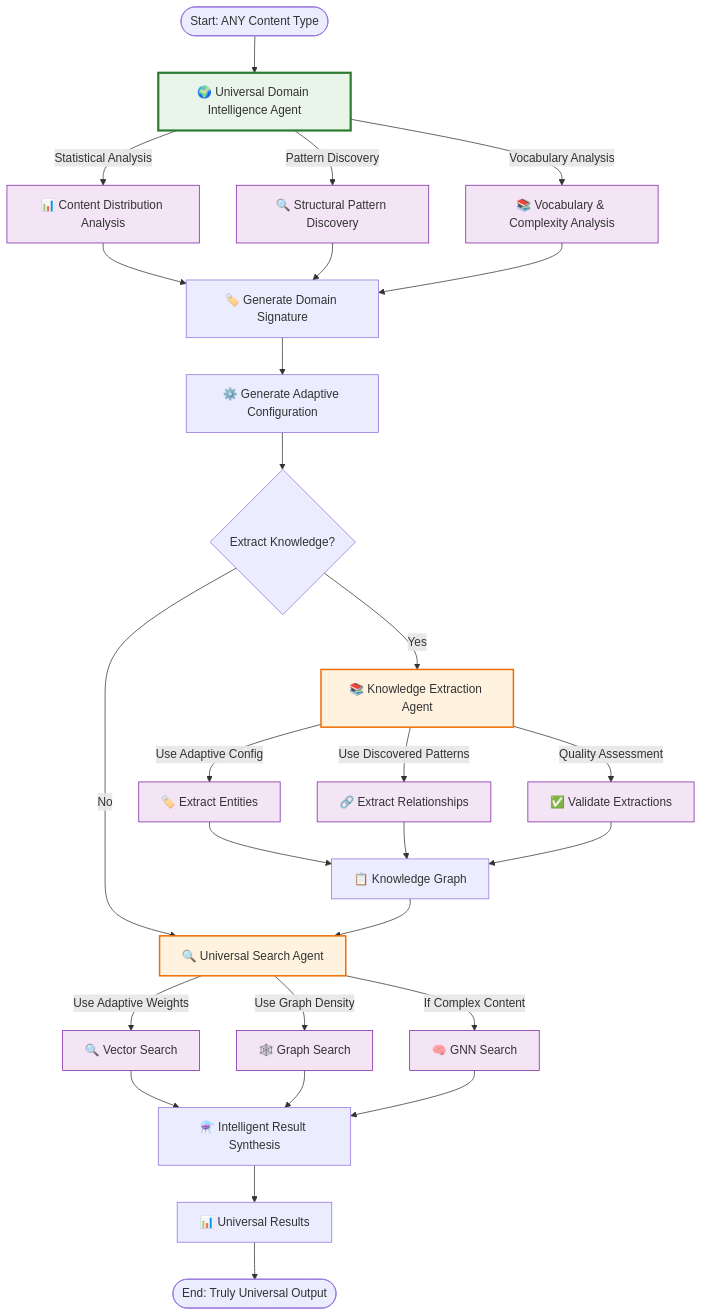
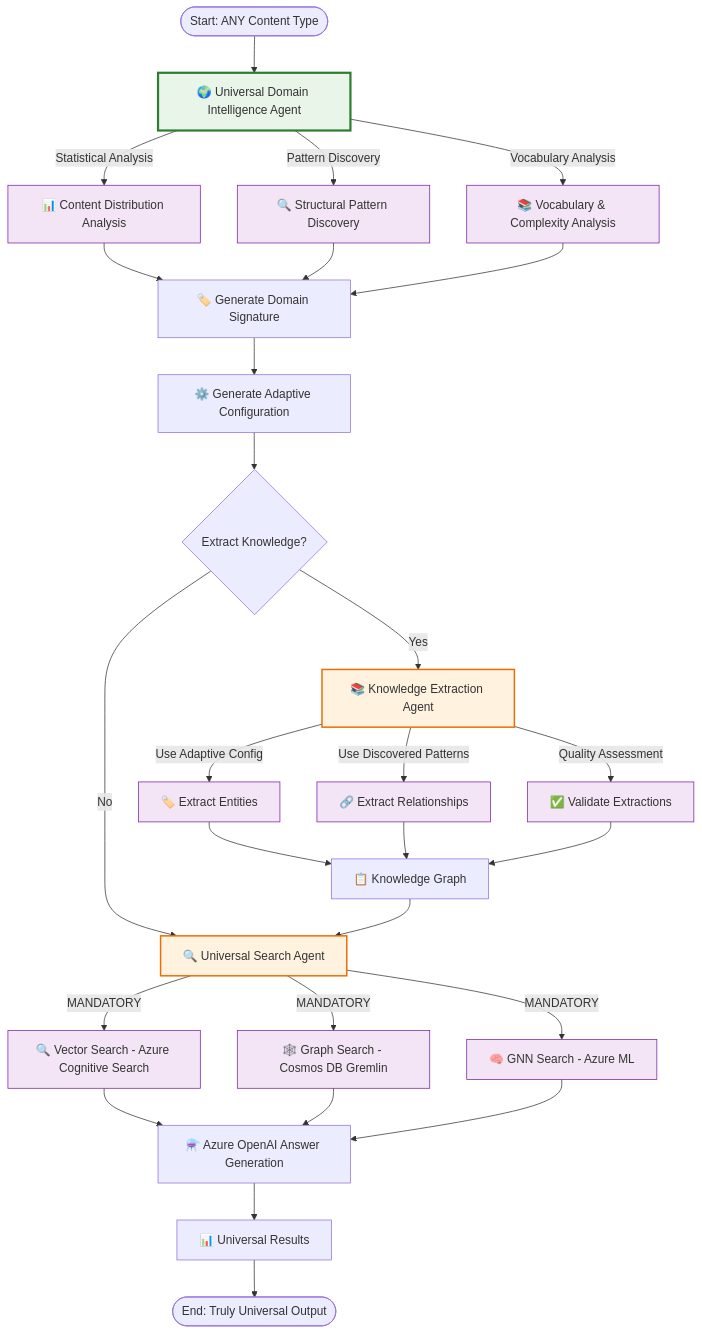
Before and after one commit to david3xu/azure-maintie-rag: the diagram in agents/README.md, drawn with Mermaid. The commit also changed other lines of this file and 8 other files, not shown here.

````diff
--- a/agents/README.md
+++ b/agents/README.md
@@ -94,44 +95,44 @@
 ```mermaid
 graph TD
     Start([Start: ANY Content Type]) --> Domain[🌍 Universal Domain Intelligence Agent]
     
     Domain --> |Statistical Analysis| D1[📊 Content Distribution Analysis]
     Domain --> |Pattern Discovery| D2[🔍 Structural Pattern Discovery]
     Domain --> |Vocabulary Analysis| D3[📚 Vocabulary & Complexity Analysis]
     
     D1 --> Signature[🏷️ Generate Domain Signature]
     D2 --> Signature
     D3 --> Signature
     
     Signature --> Config[⚙️ Generate Adaptive Configuration]
     Config --> Extract{Extract Knowledge?}
     
     Extract -->|Yes| Knowledge[📚 Knowledge Extraction Agent]
     Extract -->|No| Search[🔍 Universal Search Agent]
     
     Knowledge --> |Use Adaptive Config| K1[🏷️ Extract Entities]
     Knowledge --> |Use Discovered Patterns| K2[🔗 Extract Relationships]
     Knowledge --> |Quality Assessment| K3[✅ Validate Extractions]
     K1 --> K4[📋 Knowledge Graph]
     K2 --> K4
     K3 --> K4
     K4 --> Search
     
-    Search --> |Use Adaptive Weights| S1[🔍 Vector Search]
-    Search --> |Use Graph Density| S2[🕸️ Graph Search]
-    Search --> |If Complex Content| S3[🧠 GNN Search]
-    S1 --> Synthesis[⚗️ Intelligent Result Synthesis]
+    Search --> |MANDATORY| S1[🔍 Vector Search - Azure Cognitive Search]
+    Search --> |MANDATORY| S2[🕸️ Graph Search - Cosmos DB Gremlin]
+    Search --> |MANDATORY| S3[🧠 GNN Search - Azure ML]
+    S1 --> Synthesis[⚗️ Azure OpenAI Answer Generation]
     S2 --> Synthesis
     S3 --> Synthesis
     
     Synthesis --> Results[📊 Universal Results]
     Results --> End([End: Truly Universal Output])
     
     classDef universalBox fill:#e8f5e8,stroke:#2e7d32,stroke-width:3px
     classDef adaptiveBox fill:#fff3e0,stroke:#ef6c00,stroke-width:2px
     classDef dataBox fill:#f3e5f5,stroke:#7b1fa2,stroke-width:1px
     
     class Domain universalBox
     class Knowledge,Search adaptiveBox
     class D1,D2,D3,K1,K2,K3,S1,S2,S3 dataBox
 ```
````
